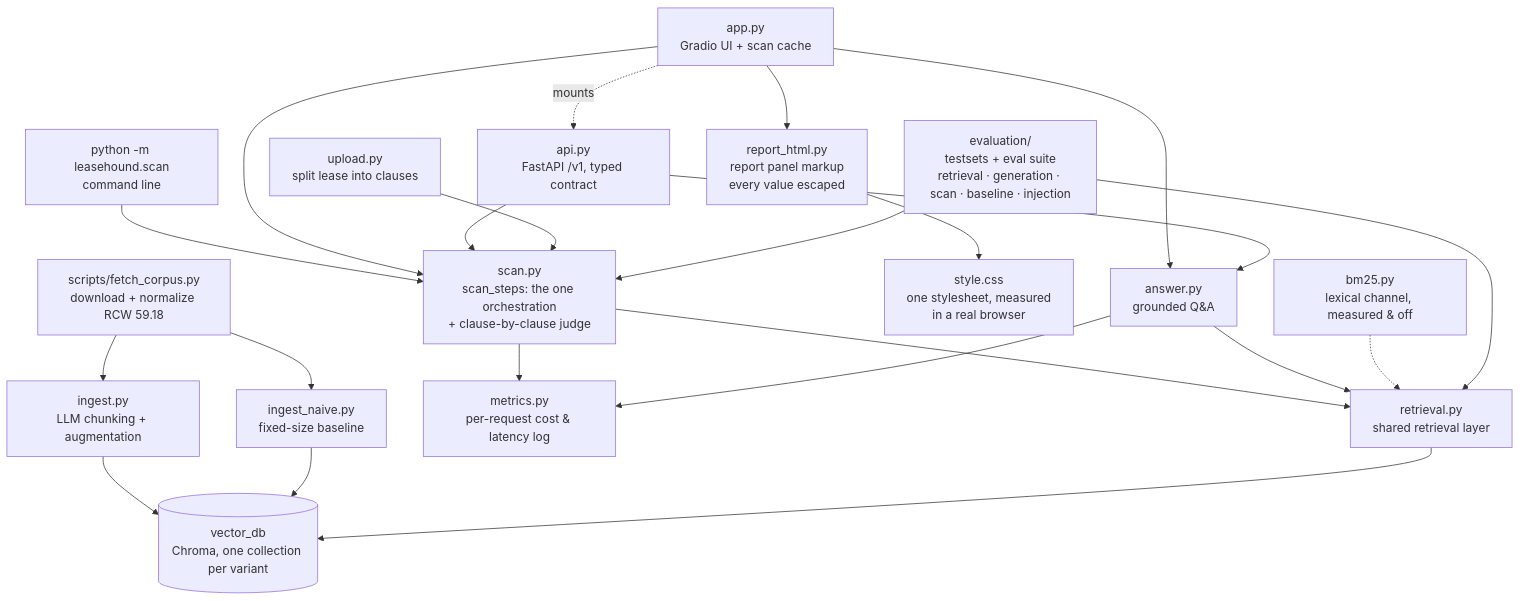
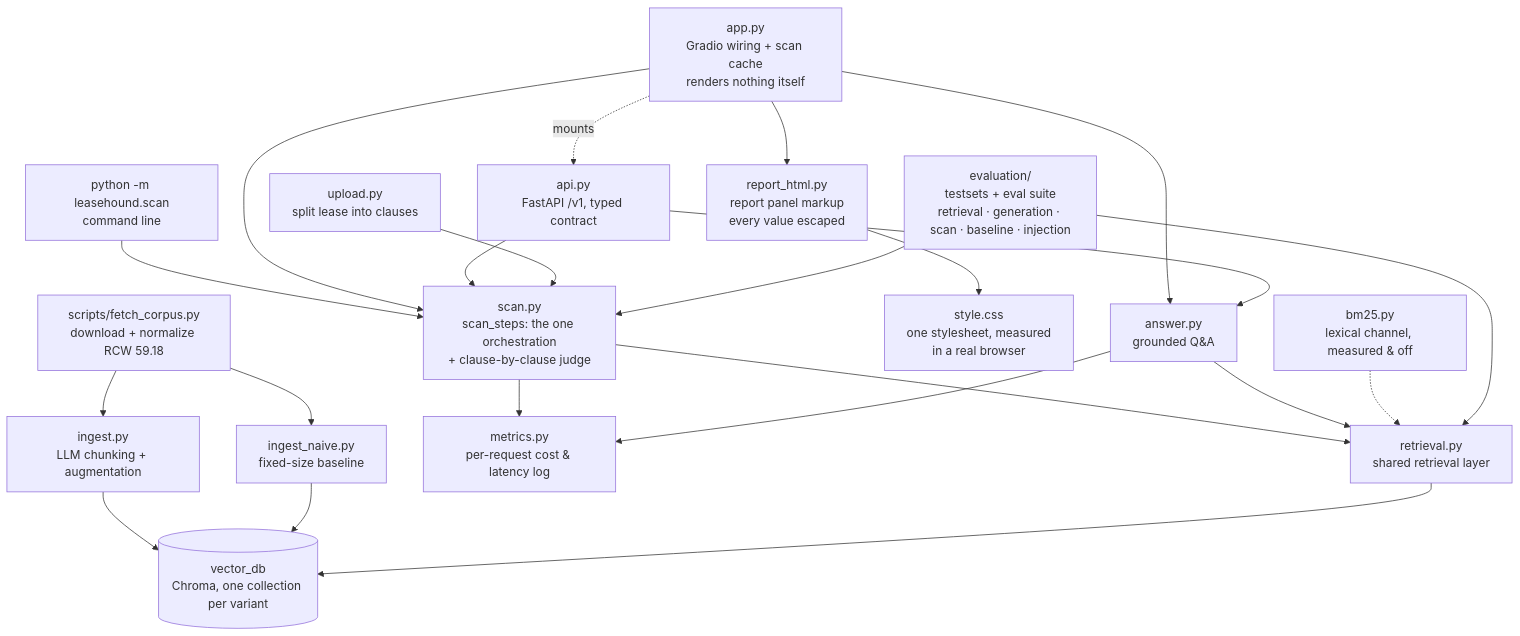
One commit to tywangq/leasehound changed the diagram in README.md. Above: the diagram before and after it, drawn with Mermaid. The commit also changed other lines of this file, not shown here.

Commit message:
Two gaps in the audit's own follow-up
The code map gained report_html.py and style.css but app.py kept the label it
had when it did the rendering. It is Gradio wiring and a cache now, and the map
says so.

And the cold-start paragraph still said 738 MB — inside the sentence explaining
that the previous figure went stale because it was typed by hand once while the
image moved underneath it. Same failure, same paragraph, one release later. The
disk figure is 756 MB; the compressed 234 MB above it predates the +17 MB crypto
backend and is now a floor until a deploy re-derives it. Noted in place, with
the point that a number stale twice in one paragraph wants a test rather than a
third correction — there is none for image size today.

````diff
--- a/README.md
+++ b/README.md
@@ -67,25 +67,25 @@
 ```mermaid
 graph TD
     FETCH["scripts/fetch_corpus.py<br>download + normalize RCW 59.18"] --> INGEST["ingest.py<br>LLM chunking + augmentation"]
     FETCH --> NAIVE["ingest_naive.py<br>fixed-size baseline"]
     INGEST --> DB[("vector_db<br>Chroma, one collection per variant")]
     NAIVE --> DB
 
     CLI["python -m leasehound.scan<br>command line"] --> SCAN["scan.py<br>scan_steps: the one orchestration<br>+ clause-by-clause judge"]
-    APP["app.py<br>Gradio UI + scan cache"] --> SCAN
+    APP["app.py<br>Gradio wiring + scan cache<br>renders nothing itself"] --> SCAN
     APP --> HTML["report_html.py<br>report panel markup<br>every value escaped"]
     HTML --> CSS["style.css<br>one stylesheet, measured<br>in a real browser"]
     API["api.py<br>FastAPI /v1, typed contract"] --> SCAN
     APP -.->|mounts| API
     APP --> ANSWER["answer.py<br>grounded Q&A"]
     API --> ANSWER
     UPLOAD["upload.py<br>split lease into clauses"] --> SCAN
     SCAN --> METRICS["metrics.py<br>per-request cost & latency log"]
     ANSWER --> METRICS
     SCAN --> RETRIEVAL["retrieval.py<br>shared retrieval layer"]
     ANSWER --> RETRIEVAL
     BM25["bm25.py<br>lexical channel, measured & off"] -.-> RETRIEVAL
     EVAL["evaluation/<br>testsets + eval suite<br>retrieval · generation · scan · baseline · injection"] --> RETRIEVAL
     EVAL --> SCAN
     RETRIEVAL --> DB
 ```
````
